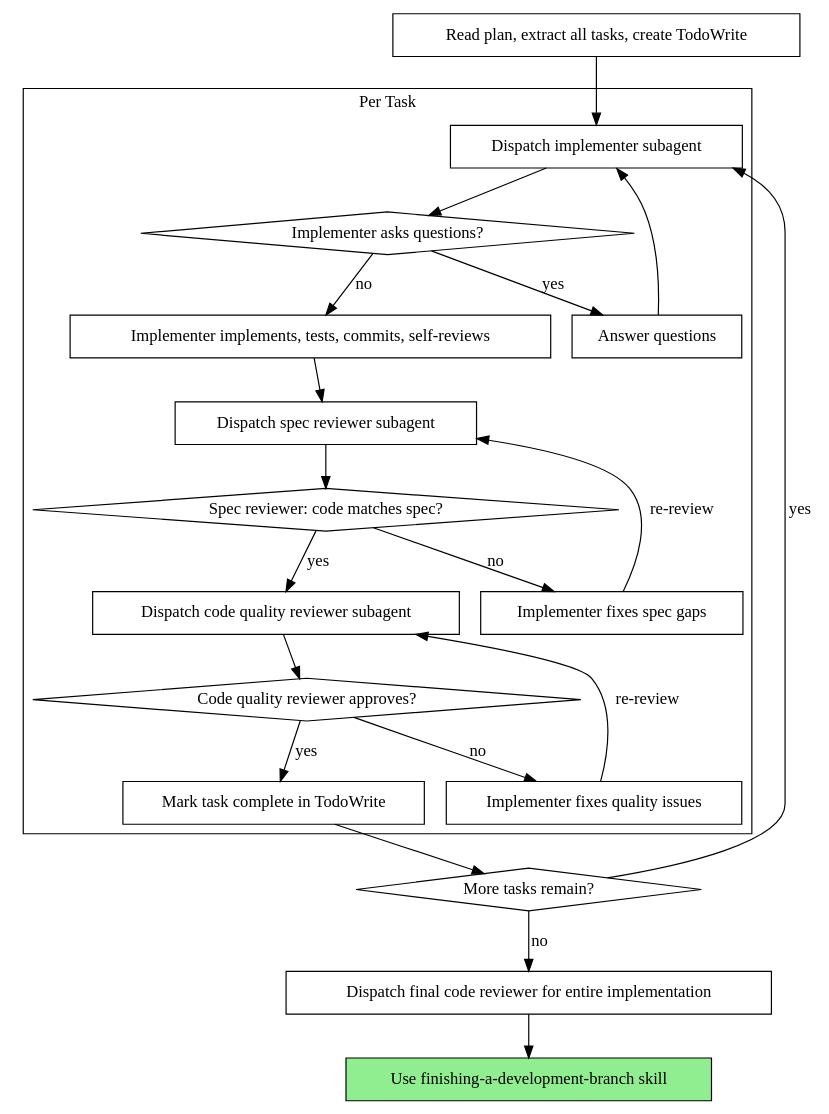
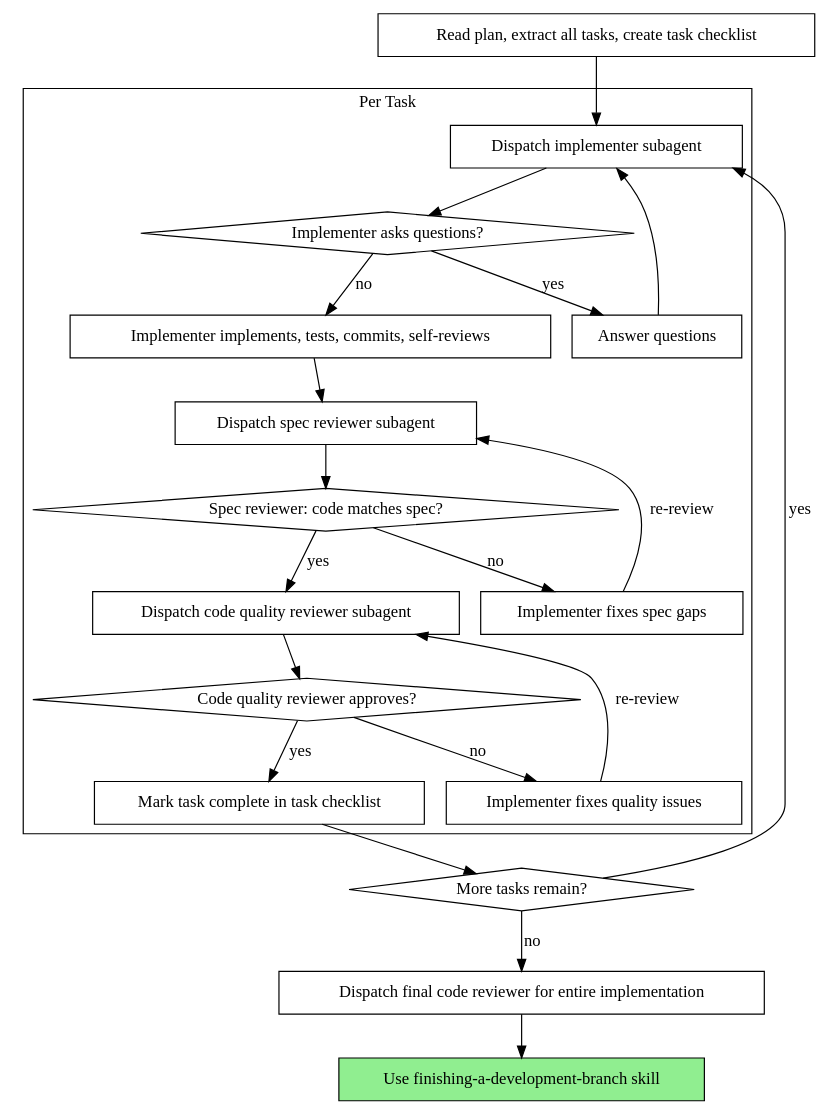
The second of 2 diagrams in plugins/agent-toolkit/skills/subagent-driven-development/SKILL.md (mmalyska/claude-plugins), drawn with Graphviz before and after one commit. The commit also changed other lines of this file and 244 other files, not shown here.

````diff
--- a/plugins/agent-toolkit/skills/subagent-driven-development/SKILL.md
+++ b/plugins/agent-toolkit/skills/subagent-driven-development/SKILL.md
@@ -38,44 +48,44 @@
 ```dot
 digraph process {
     rankdir=TB;
 
     subgraph cluster_per_task {
         label="Per Task";
         "Dispatch implementer subagent" [shape=box];
         "Implementer asks questions?" [shape=diamond];
         "Answer questions" [shape=box];
         "Implementer implements, tests, commits, self-reviews" [shape=box];
         "Dispatch spec reviewer subagent" [shape=box];
         "Spec reviewer: code matches spec?" [shape=diamond];
         "Implementer fixes spec gaps" [shape=box];
         "Dispatch code quality reviewer subagent" [shape=box];
         "Code quality reviewer approves?" [shape=diamond];
         "Implementer fixes quality issues" [shape=box];
-        "Mark task complete in TodoWrite" [shape=box];
+        "Mark task complete in task checklist" [shape=box];
     }
 
-    "Read plan, extract all tasks, create TodoWrite" [shape=box];
+    "Read plan, extract all tasks, create task checklist" [shape=box];
     "More tasks remain?" [shape=diamond];
     "Dispatch final code reviewer for entire implementation" [shape=box];
     "Use finishing-a-development-branch skill" [shape=box style=filled fillcolor=lightgreen];
 
-    "Read plan, extract all tasks, create TodoWrite" -> "Dispatch implementer subagent";
+    "Read plan, extract all tasks, create task checklist" -> "Dispatch implementer subagent";
     "Dispatch implementer subagent" -> "Implementer asks questions?";
     "Implementer asks questions?" -> "Answer questions" [label="yes"];
     "Answer questions" -> "Dispatch implementer subagent";
     "Implementer asks questions?" -> "Implementer implements, tests, commits, self-reviews" [label="no"];
     "Implementer implements, tests, commits, self-reviews" -> "Dispatch spec reviewer subagent";
     "Dispatch spec reviewer subagent" -> "Spec reviewer: code matches spec?";
     "Spec reviewer: code matches spec?" -> "Implementer fixes spec gaps" [label="no"];
     "Implementer fixes spec gaps" -> "Dispatch spec reviewer subagent" [label="re-review"];
     "Spec reviewer: code matches spec?" -> "Dispatch code quality reviewer subagent" [label="yes"];
     "Dispatch code quality reviewer subagent" -> "Code quality reviewer approves?";
     "Code quality reviewer approves?" -> "Implementer fixes quality issues" [label="no"];
     "Implementer fixes quality issues" -> "Dispatch code quality reviewer subagent" [label="re-review"];
-    "Code quality reviewer approves?" -> "Mark task complete in TodoWrite" [label="yes"];
-    "Mark task complete in TodoWrite" -> "More tasks remain?";
+    "Code quality reviewer approves?" -> "Mark task complete in task checklist" [label="yes"];
+    "Mark task complete in task checklist" -> "More tasks remain?";
     "More tasks remain?" -> "Dispatch implementer subagent" [label="yes"];
     "More tasks remain?" -> "Dispatch final code reviewer for entire implementation" [label="no"];
     "Dispatch final code reviewer for entire implementation" -> "Use finishing-a-development-branch skill";
 }
 ```
````
